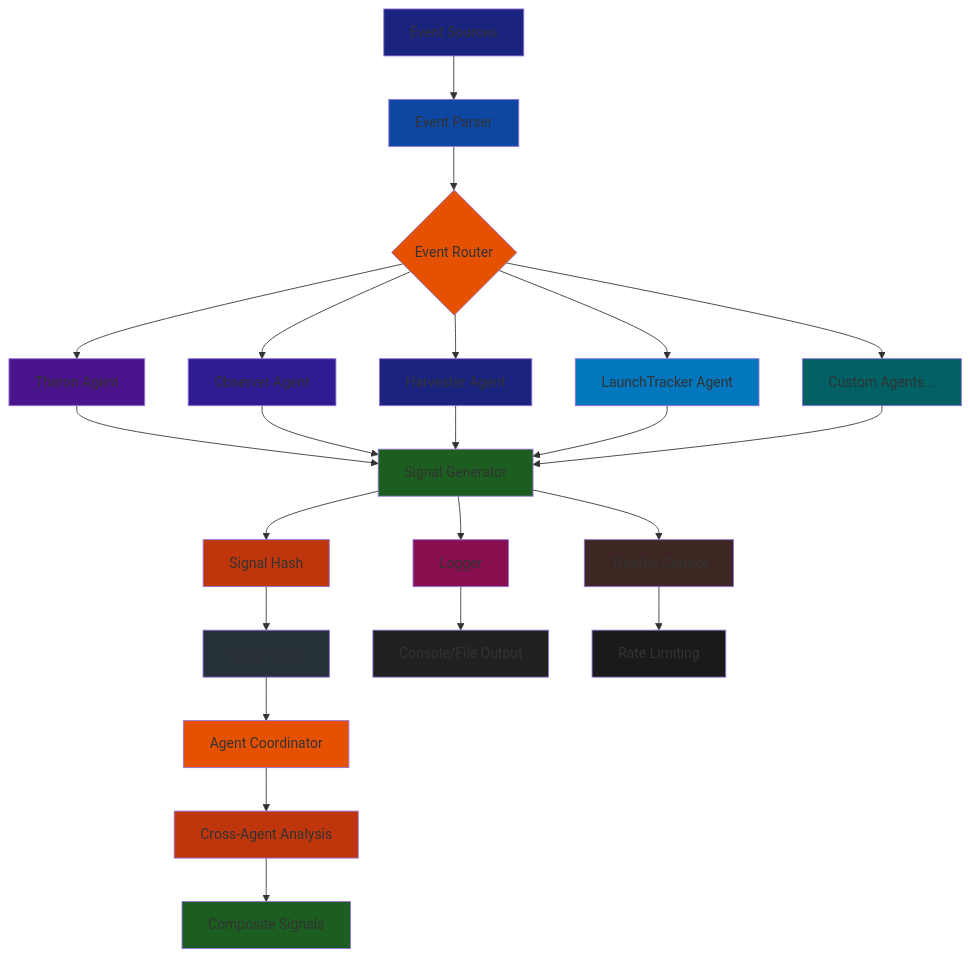
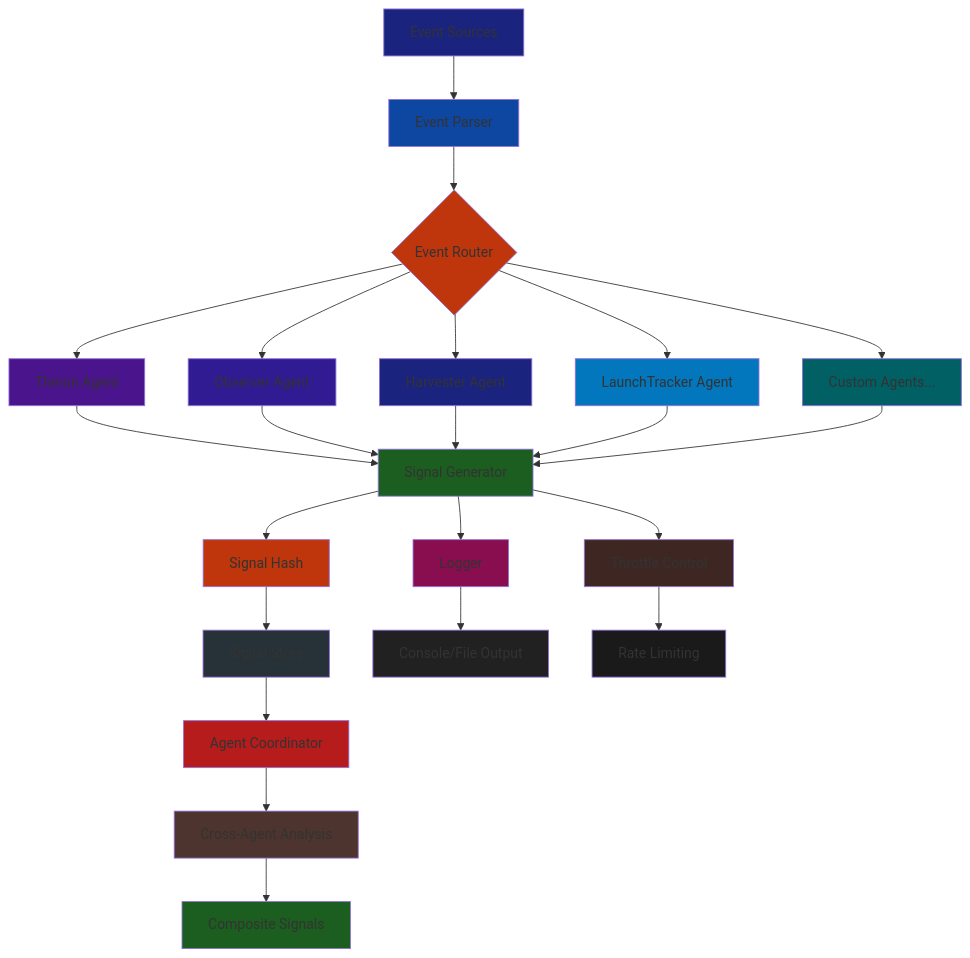
One commit to EremosCore/Eremos changed the diagram in README.md. Above: the diagram before and after it, drawn with Mermaid.

Commit message:
Architecture restructure for agent coordination

````diff
--- a/README.md
+++ b/README.md
@@ -66,48 +66,48 @@
 ```mermaid
 graph TD
     A[Event Sources] --> B[Event Parser]
     B --> C{Event Router}
     
     C --> D[Theron Agent]
     C --> E[Observer Agent]
     C --> F[Harvester Agent]
     C --> G[LaunchTracker Agent]
     C --> H[Custom Agents...]
     
     D --> I[Signal Generator]
     E --> I
     F --> I
     G --> I
     H --> I
     
     I --> J[Signal Hash]
     I --> K[Logger]
     I --> L[Throttle Control]
     
     J --> M[Signal Store]
     K --> N[Console/File Output]
     L --> O[Rate Limiting]
     
     M --> P[Agent Coordinator]
     P --> Q[Cross-Agent Analysis]
     Q --> R[Composite Signals]
     
     style A fill:#1a237e
     style B fill:#0d47a1
-    style C fill:#e65100
+    style C fill:#bf360c
     style D fill:#4a148c
     style E fill:#311b92
     style F fill:#1a237e
     style G fill:#0277bd
     style H fill:#006064
     style I fill:#1b5e20
     style J fill:#bf360c
     style K fill:#880e4f
     style L fill:#3e2723
     style M fill:#263238
     style N fill:#212121
     style O fill:#1a1a1a
-    style P fill:#e65100
-    style Q fill:#bf360c
+    style P fill:#b71c1c
+    style Q fill:#4e342e
     style R fill:#1b5e20
 ```
````
